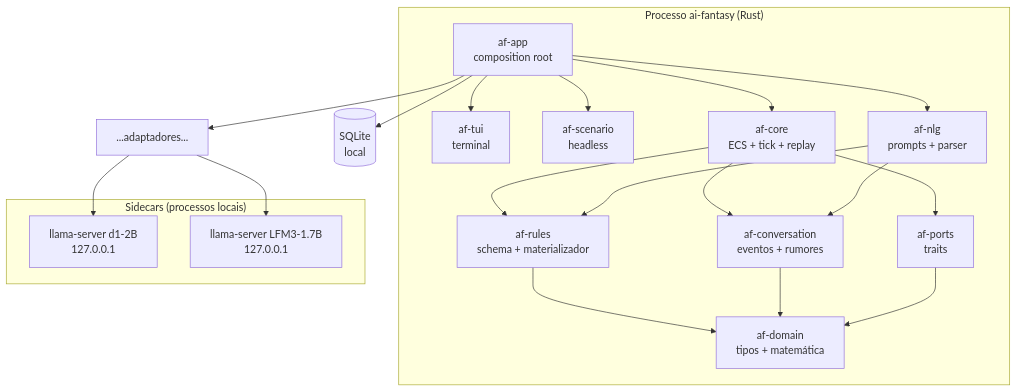
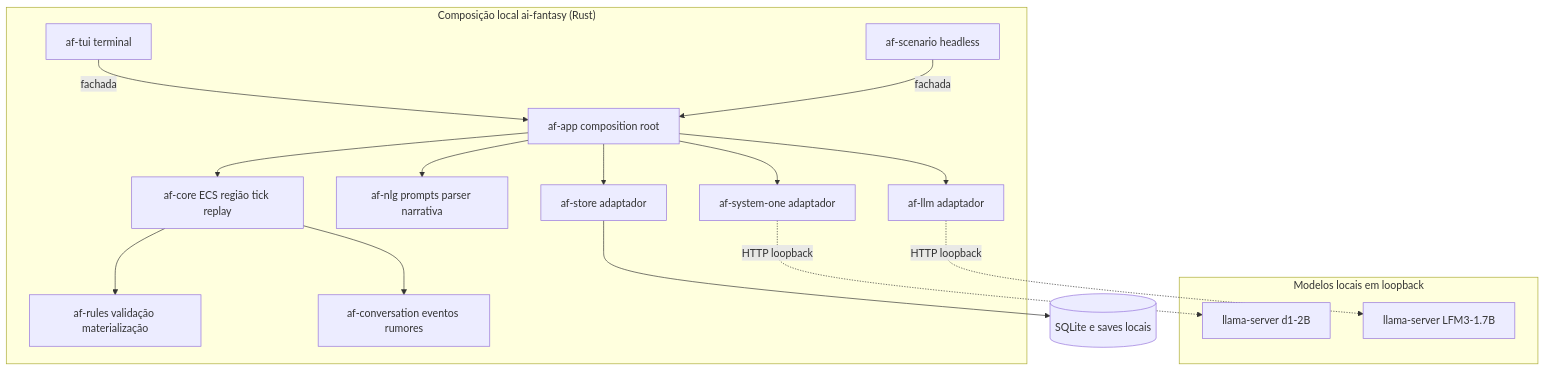
The second of 5 diagrams in docs/architecture/overview.md (frederico-kluser/ai-fantasy), drawn with Mermaid before and after one commit. The commit also changed other lines of this file and 115 other files, not shown here.

Commit message:
docs(plan): finalize roadmap and multi-agent execution prompts (#7)

````diff
--- a/docs/architecture/overview.md
+++ b/docs/architecture/overview.md
@@ -44,35 +56,32 @@
 ```mermaid
 flowchart TB
-    subgraph Processo["Processo ai-fantasy (Rust)"]
-        APP[af-app<br/>composition root]
-        TUI[af-tui<br/>terminal]
-        SCEN[af-scenario<br/>headless]
-        CORE[af-core<br/>ECS + tick + replay]
-        RULES[af-rules<br/>schema + materializador]
-        CONV[af-conversation<br/>eventos + rumores]
-        NLG[af-nlg<br/>prompts + parser]
-        PORTS[af-ports<br/>traits]
-        DOM[af-domain<br/>tipos + matemática]
+    subgraph Processo["Composição local ai-fantasy (Rust)"]
+        TUI[af-tui terminal]
+        SCEN[af-scenario headless]
+        APP[af-app composition root]
+        CORE[af-core ECS região tick replay]
+        RULES[af-rules validação materialização]
+        CONV[af-conversation eventos rumores]
+        NLG[af-nlg prompts parser narrativa]
+        SO[af-system-one adaptador]
+        LLM[af-llm adaptador]
+        STORE[af-store adaptador]
     end
-    subgraph Sidecars["Sidecars (processos locais)"]
-        D1[llama-server d1-2B<br/>127.0.0.1]
-        LFM[llama-server LFM3-1.7B<br/>127.0.0.1]
+    subgraph Sidecars["Modelos locais em loopback"]
+        D1[llama-server d1-2B]
+        LFM[llama-server LFM3-1.7B]
     end
-    DB[(SQLite<br/>local)]
-    APP --> TUI
-    APP --> SCEN
+    DB[(SQLite e saves locais)]
+    TUI -->|fachada| APP
+    SCEN -->|fachada| APP
     APP --> CORE
     APP --> NLG
-    APP --> POR[...adaptadores...]
+    APP --> SO
+    APP --> LLM
+    APP --> STORE
     CORE --> RULES
     CORE --> CONV
-    CORE --> PORTS
-    RULES --> DOM
-    CONV --> DOM
-    NLG --> CONV
-    NLG --> RULES
-    PORTS --> DOM
-    POR --> D1
-    POR --> LFM
-    APP --> DB
+    SO -. HTTP loopback .-> D1
+    LLM -. HTTP loopback .-> LFM
+    STORE --> DB
 ```
````
